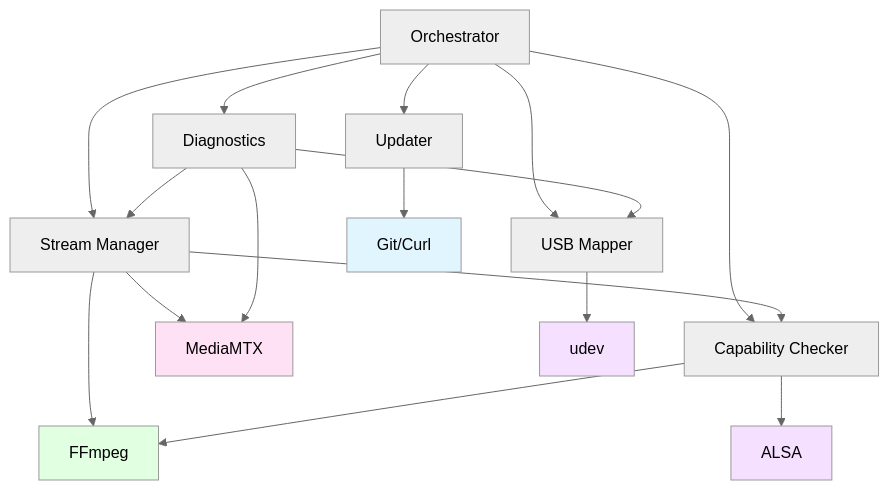
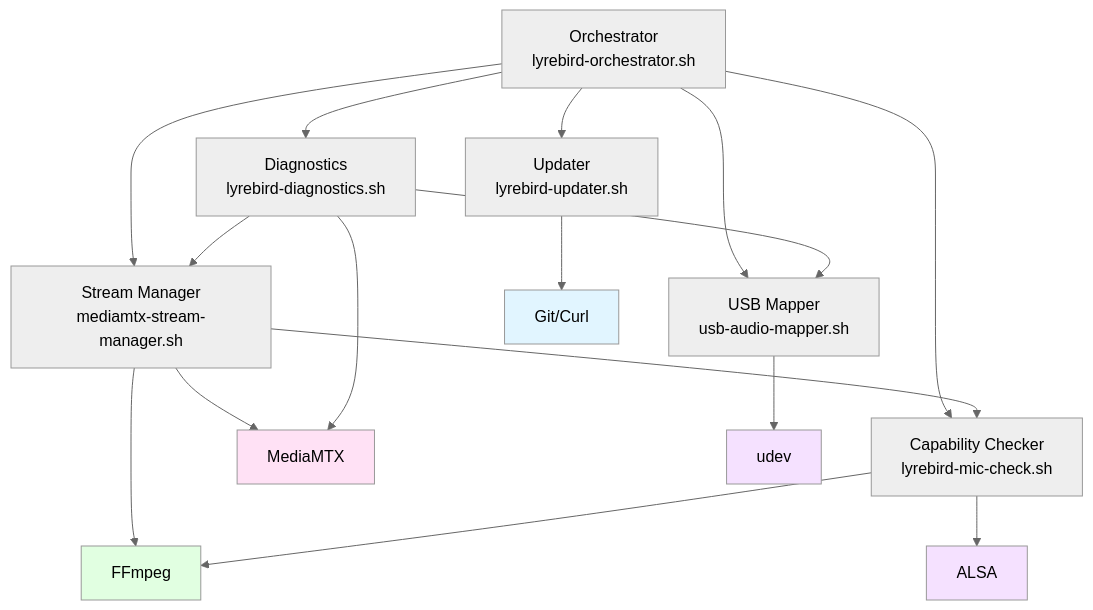
The fifth of 5 diagrams in docs/advanced/architecture.md (tomtom215/LyreBird-Docs), drawn with Mermaid (neutral theme) before and after one commit. The commit also changed other lines of this file and 33 other files, not shown here.

````diff
--- a/docs/advanced/architecture.md
+++ b/docs/advanced/architecture.md
@@ -739,28 +749,28 @@
 ```mermaid
 graph TD
-    A[Orchestrator] --> B[Stream Manager]
-    A --> C[USB Mapper]
-    A --> D[Capability Checker]
-    A --> E[Diagnostics]
-    A --> F[Updater]
+    A[Orchestrator<br/>lyrebird-orchestrator.sh] --> B[Stream Manager<br/>mediamtx-stream-manager.sh]
+    A --> C[USB Mapper<br/>usb-audio-mapper.sh]
+    A --> D[Capability Checker<br/>lyrebird-mic-check.sh]
+    A --> E[Diagnostics<br/>lyrebird-diagnostics.sh]
+    A --> F[Updater<br/>lyrebird-updater.sh]
 
     B --> G[MediaMTX]
     B --> H[FFmpeg]
     B --> D
 
     C --> I[udev]
     D --> H
     D --> J[ALSA]
 
     E --> G
     E --> B
     E --> C
 
     F --> K[Git/Curl]
 
     style G fill:#ffe1f5
     style H fill:#e1ffe1
     style I fill:#f5e1ff
     style J fill:#f5e1ff
     style K fill:#e1f5ff
 ```
````
